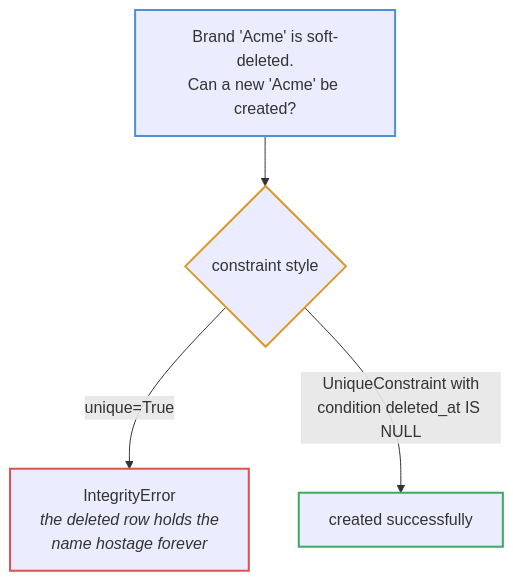
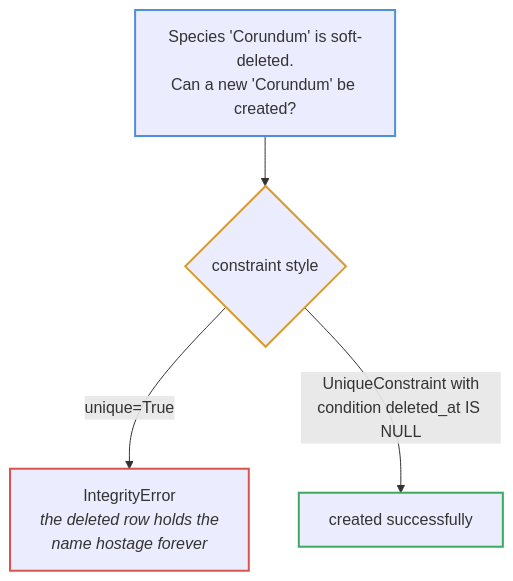
The fourth of 5 diagrams in docs/diagrams/soft-delete-audit.md (TGCTZ/TGC-SERVICE-BACKEND), drawn with Mermaid before and after one commit. The commit also changed other lines of this file and 144 other files, not shown here.

````diff
--- a/docs/diagrams/soft-delete-audit.md
+++ b/docs/diagrams/soft-delete-audit.md
@@ -81,12 +81,12 @@
 ```mermaid
 flowchart TD
-    Q["Brand 'Acme' is soft-deleted.<br/>Can a new 'Acme' be created?"] --> WHICH{"constraint style"}
+    Q["Species 'Corundum' is soft-deleted.<br/>Can a new 'Corundum' be created?"] --> WHICH{"constraint style"}
 
     WHICH -->|"unique=True"| BAD["IntegrityError<br/><i>the deleted row holds the<br/>name hostage forever</i>"]
     WHICH -->|"UniqueConstraint with<br/>condition deleted_at IS NULL"| GOOD["created successfully"]
 
     style Q stroke:#4d90d9,stroke-width:2px
     style WHICH stroke:#d99a2b,stroke-width:2px
     style BAD stroke:#d9534f,stroke-width:2px
     style GOOD stroke:#3fa860,stroke-width:2px
 ```
````
